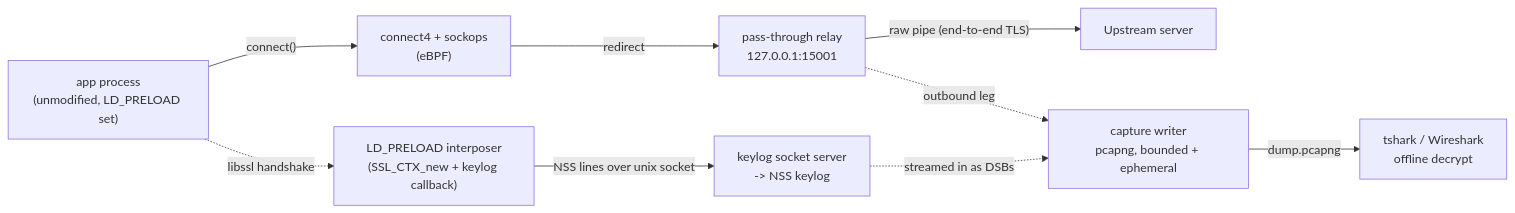
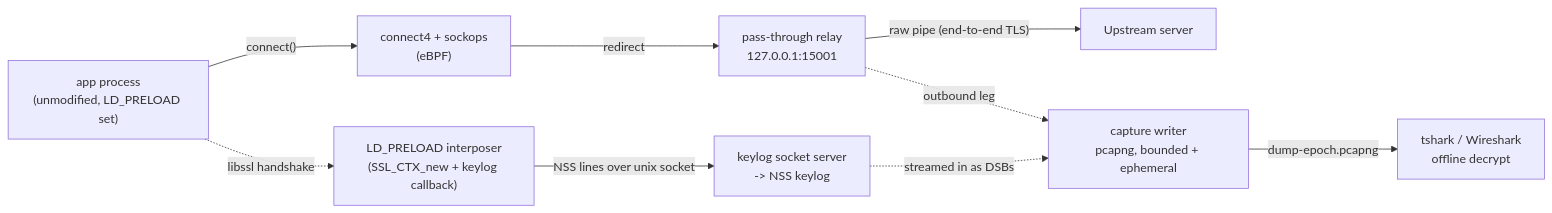
Before and after one commit to mesbrj/GO-eBPF-Proxy: the first of 2 diagrams in README.md, drawn with Mermaid. The commit also changed other lines of this file and 3 other files, not shown here.

````diff
--- a/README.md
+++ b/README.md
@@ -52,11 +54,11 @@
 ```mermaid
 flowchart LR
     app["app process<br/>(unmodified, LD_PRELOAD set)"] -- "connect()" --> kern["connect4 + sockops<br/>(eBPF)"]
     kern -- "redirect" --> relay["pass-through relay<br/>127.0.0.1:15001"]
     relay -- "raw pipe (end-to-end TLS)" --> upstream["Upstream server"]
     relay -. "outbound leg" .-> capture["capture writer<br/>pcapng, bounded + ephemeral"]
     app -. "libssl handshake" .-> interposer["LD_PRELOAD interposer<br/>(SSL_CTX_new + keylog callback)"]
     interposer -- "NSS lines over unix socket" --> keylog["keylog socket server<br/>-> NSS keylog"]
     keylog -. "streamed in as DSBs" .-> capture
-    capture -- "dump.pcapng" --> tshark["tshark / Wireshark<br/>offline decrypt"]
+    capture -- "dump-epoch.pcapng" --> tshark["tshark / Wireshark<br/>offline decrypt"]
 ```
````
